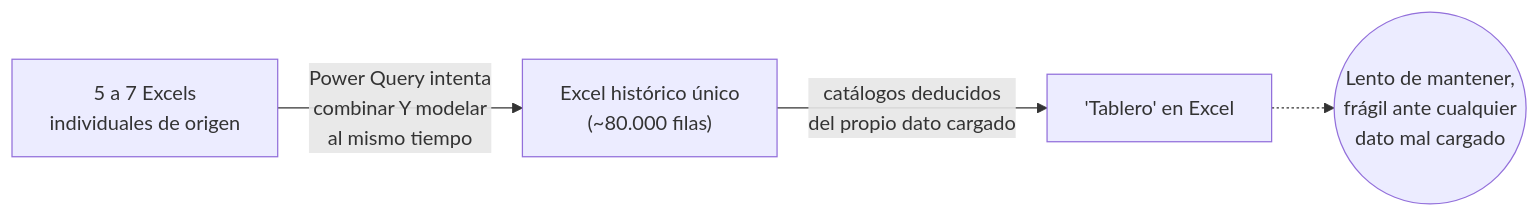
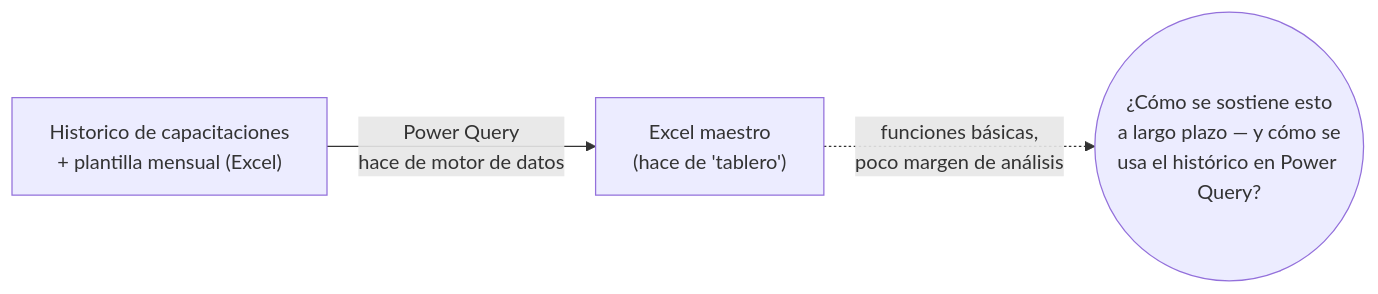
Before and after one commit to jminolli-e/case-studies: the first of 3 diagrams in capacitaciones.db/README.md, drawn with Mermaid. The commit also changed other lines of this file, not shown here.

````diff
--- a/capacitaciones.db/README.md
+++ b/capacitaciones.db/README.md
@@ -30,6 +38,5 @@
 ```mermaid
 flowchart LR
-    E1["5 a 7 Excels<br/>individuales de origen"] -->|"Power Query intenta<br/>combinar Y modelar<br/>al mismo tiempo"| HIST["Excel histórico único<br/>(~80.000 filas)"]
-    HIST -->|"catálogos deducidos<br/>del propio dato cargado"| TAB["'Tablero' en Excel"]
-    TAB -.-> P(("Lento de mantener,<br/>frágil ante cualquier<br/>dato mal cargado"))
+    A["Historico de capacitaciones<br/>+ plantilla mensual (Excel)"] -->|"Power Query<br/>hace de motor de datos"| B["Excel maestro<br/>(hace de 'tablero')"]
+    B -.->|"funciones básicas,<br/>poco margen de análisis"| P(("¿Cómo se sostiene esto<br/>a largo plazo — y cómo se<br/>usa el histórico en Power Query?"))
 ```
````
